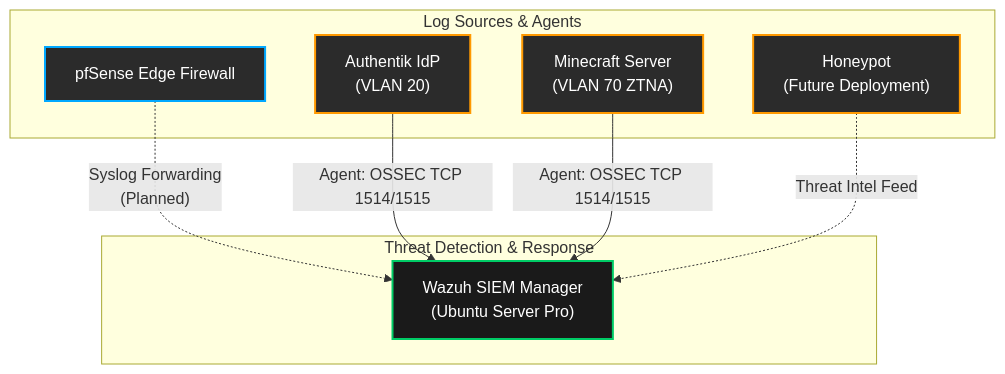
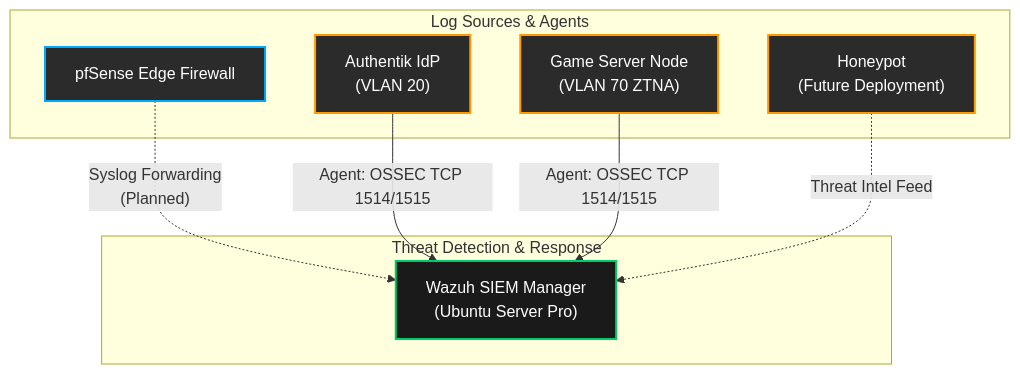
One commit to gurvinny/home-network-lab changed the diagram in security/wazuh.md. Above: the diagram before and after it, drawn with Mermaid. The commit also changed other lines of this file and 2 other files, not shown here.

Commit message:
docs: refresh lab overview with service inventory and current roadmap
Adds a role-level virtualisation and hosted services section, documents the
trusted admin path as a deliberate exception, and moves deployed work out of
the roadmap's planned column. Unifies badge styling across the repository and
wires previously orphaned documents into their index pages.

````diff
--- a/security/wazuh.md
+++ b/security/wazuh.md
@@ -30,23 +30,23 @@
 ```mermaid
 graph TD
     %% Styling for dark hacker theme
     classDef siem fill:#1a1a1a,stroke:#00cc66,stroke-width:2px,color:#ffffff
     classDef fw fill:#2b2b2b,stroke:#00a8ff,stroke-width:2px,color:#ffffff
     classDef vm fill:#2b2b2b,stroke:#ff9900,stroke-width:2px,color:#ffffff
 
     subgraph "Threat Detection & Response"
-        WAZUH["Wazuh SIEM Manager\n(Ubuntu Server Pro)"]:::siem
+        WAZUH["Wazuh SIEM Manager<br/>(Ubuntu Server Pro)"]:::siem
     end
 
     subgraph "Log Sources & Agents"
         FW["pfSense Edge Firewall"]:::fw
-        AUTH["Authentik IdP\n(VLAN 20)"]:::vm
-        GAME["Minecraft Server\n(VLAN 70 ZTNA)"]:::vm
-        HONEY["Honeypot\n(Future Deployment)"]:::vm
+        AUTH["Authentik IdP<br/>(VLAN 20)"]:::vm
+        GAME["Game Server Node<br/>(VLAN 70 ZTNA)"]:::vm
+        HONEY["Honeypot<br/>(Future Deployment)"]:::vm
     end
 
-    FW -.->|"Syslog Forwarding\n(Planned)"| WAZUH
+    FW -.->|"Syslog Forwarding<br/>(Planned)"| WAZUH
     AUTH -->|"Agent: OSSEC TCP 1514/1515"| WAZUH
     GAME -->|"Agent: OSSEC TCP 1514/1515"| WAZUH
     HONEY -.->|"Threat Intel Feed"| WAZUH
 ```
````
